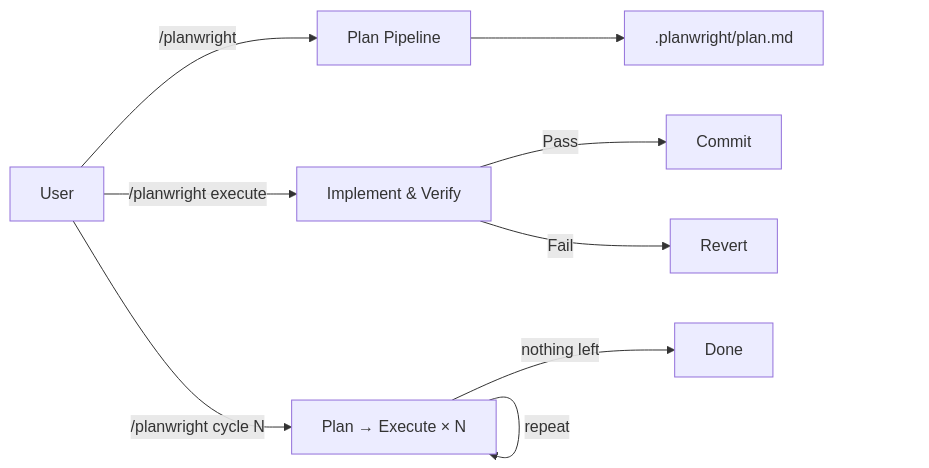
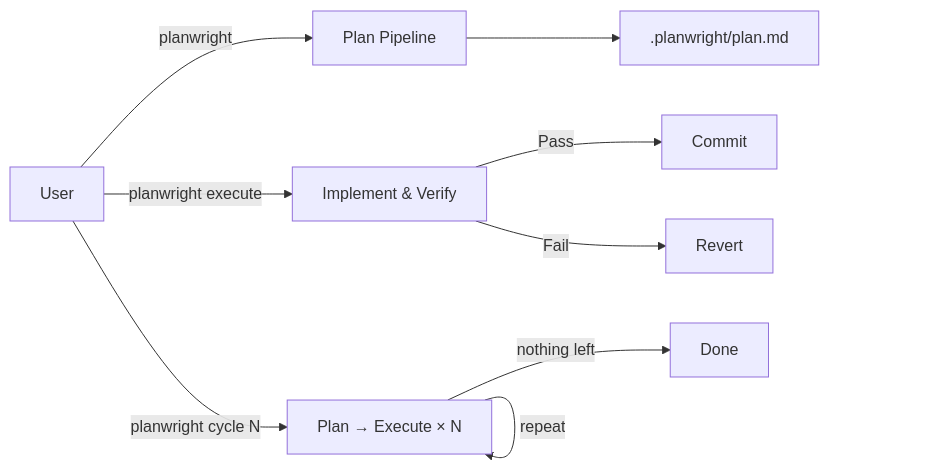
The diagram in README.md (eserlxl/planwright), drawn with Mermaid before and after one commit. The commit also changed other lines of this file and 19 other files, not shown here.

````diff
--- a/README.md
+++ b/README.md
@@ -18,12 +21,12 @@
 ```mermaid
 flowchart LR
-    User -->|/planwright| Plan[Plan Pipeline] --> Doc[.planwright/plan.md]
+    User -->|planwright| Plan[Plan Pipeline] --> Doc[.planwright/plan.md]
 
-    User -->|/planwright execute| Exec[Implement & Verify]
+    User -->|planwright execute| Exec[Implement & Verify]
     Exec -- Pass --> Commit[Commit]
     Exec -- Fail --> Revert[Revert]
 
-    User -->|/planwright cycle N| Cycle[Plan → Execute × N]
+    User -->|planwright cycle N| Cycle[Plan → Execute × N]
     Cycle -->|repeat| Cycle
     Cycle -->|nothing left| Done[Done]
 ```
````
